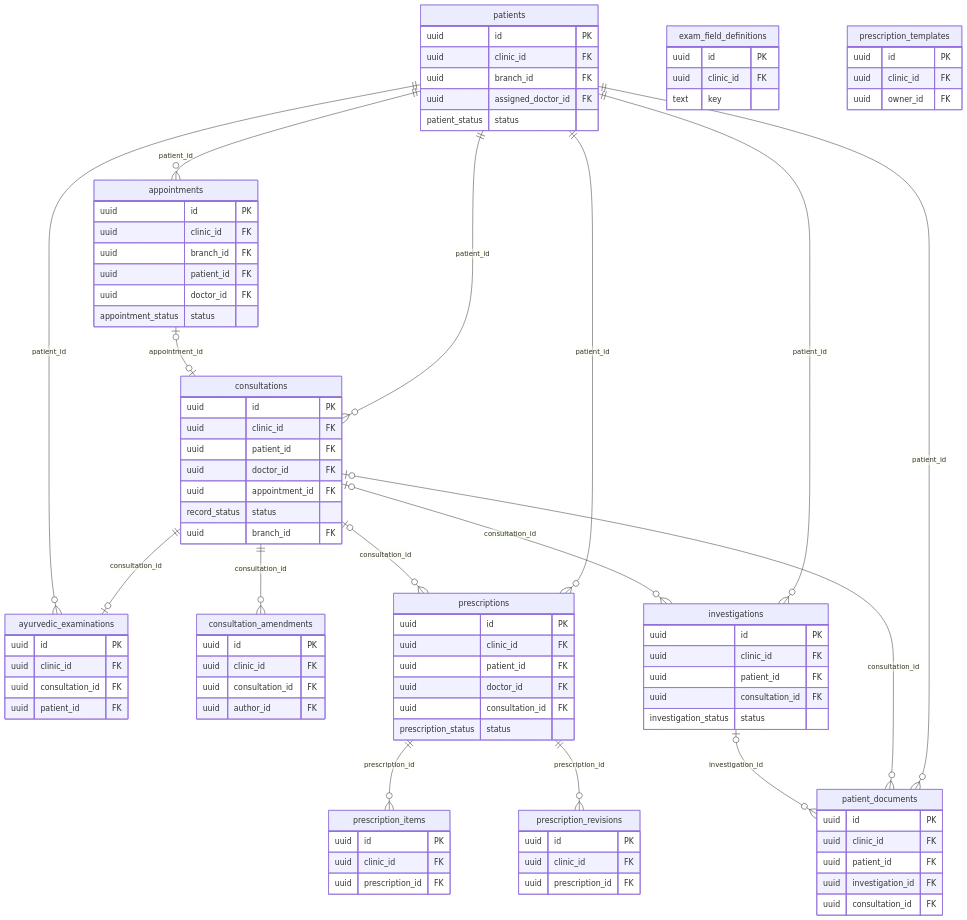
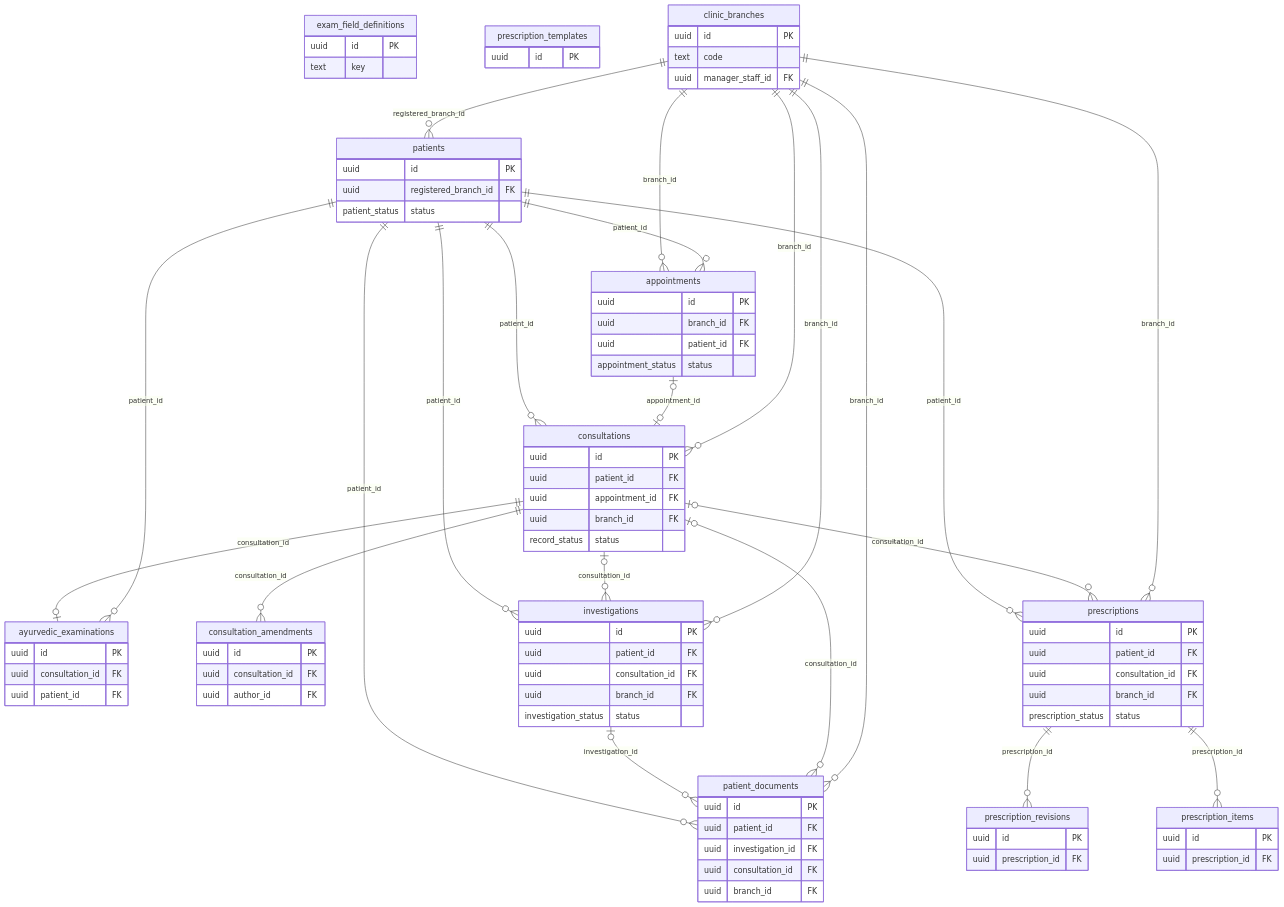
One commit to Vxoratech/drujjwalkarangale changed the third of 5 diagrams in docs/ERD.md. Above: the diagram before and after it, drawn with Mermaid. The commit also changed other lines of this file and 153 other files, not shown here.

First line of the commit message:
Rebuild Vaidyora as a single-doctor, multi-branch clinic

````diff
--- a/docs/ERD.md
+++ b/docs/ERD.md
@@ -133,95 +130,92 @@
 erDiagram
   patients {
     uuid id PK
-    uuid clinic_id FK
-    uuid branch_id FK
-    uuid assigned_doctor_id FK
+    uuid registered_branch_id FK
     patient_status status
   }
   consultations {
     uuid id PK
-    uuid clinic_id FK
     uuid patient_id FK
-    uuid doctor_id FK
     uuid appointment_id FK
+    uuid branch_id FK
     record_status status
-    uuid branch_id FK
   }
   ayurvedic_examinations {
     uuid id PK
-    uuid clinic_id FK
     uuid consultation_id FK
     uuid patient_id FK
   }
   consultation_amendments {
     uuid id PK
-    uuid clinic_id FK
     uuid consultation_id FK
     uuid author_id FK
   }
   exam_field_definitions {
     uuid id PK
-    uuid clinic_id FK
     text key
   }
   prescriptions {
     uuid id PK
-    uuid clinic_id FK
     uuid patient_id FK
-    uuid doctor_id FK
     uuid consultation_id FK
+    uuid branch_id FK
     prescription_status status
   }
   prescription_items {
     uuid id PK
-    uuid clinic_id FK
     uuid prescription_id FK
   }
   prescription_revisions {
     uuid id PK
-    uuid clinic_id FK
     uuid prescription_id FK
   }
   prescription_templates {
     uuid id PK
-    uuid clinic_id FK
-    uuid owner_id FK
   }
   investigations {
     uuid id PK
-    uuid clinic_id FK
     uuid patient_id FK
     uuid consultation_id FK
+    uuid branch_id FK
     investigation_status status
   }
   patient_documents {
     uuid id PK
-    uuid clinic_id FK
     uuid patient_id FK
     uuid investigation_id FK
     uuid consultation_id FK
+    uuid branch_id FK
   }
   appointments {
     uuid id PK
-    uuid clinic_id FK
     uuid branch_id FK
     uuid patient_id FK
-    uuid doctor_id FK
     appointment_status status
   }
+  clinic_branches {
+    uuid id PK
+    text code
+    uuid manager_staff_id FK
+  }
+  clinic_branches ||--o{ patients : "registered_branch_id"
+  clinic_branches ||--o{ appointments : "branch_id"
   patients ||--o{ appointments : "patient_id"
   patients ||--o{ consultations : "patient_id"
   appointments |o--o| consultations : "appointment_id"
+  clinic_branches ||--o{ consultations : "branch_id"
+  consultations ||--o{ consultation_amendments : "consultation_id"
   consultations ||--o| ayurvedic_examinations : "consultation_id"
   patients ||--o{ ayurvedic_examinations : "patient_id"
   patients ||--o{ prescriptions : "patient_id"
   consultations |o--o{ prescriptions : "consultation_id"
+  clinic_branches ||--o{ prescriptions : "branch_id"
   prescriptions ||--o{ prescription_items : "prescription_id"
+  prescriptions ||--o{ prescription_revisions : "prescription_id"
   patients ||--o{ investigations : "patient_id"
   consultations |o--o{ investigations : "consultation_id"
-  prescriptions ||--o{ prescription_revisions : "prescription_id"
+  clinic_branches ||--o{ investigations : "branch_id"
   patients ||--o{ patient_documents : "patient_id"
+  investigations |o--o{ patient_documents : "investigation_id"
   consultations |o--o{ patient_documents : "consultation_id"
-  investigations |o--o{ patient_documents : "investigation_id"
-  consultations ||--o{ consultation_amendments : "consultation_id"
+  clinic_branches ||--o{ patient_documents : "branch_id"
 ```
````
